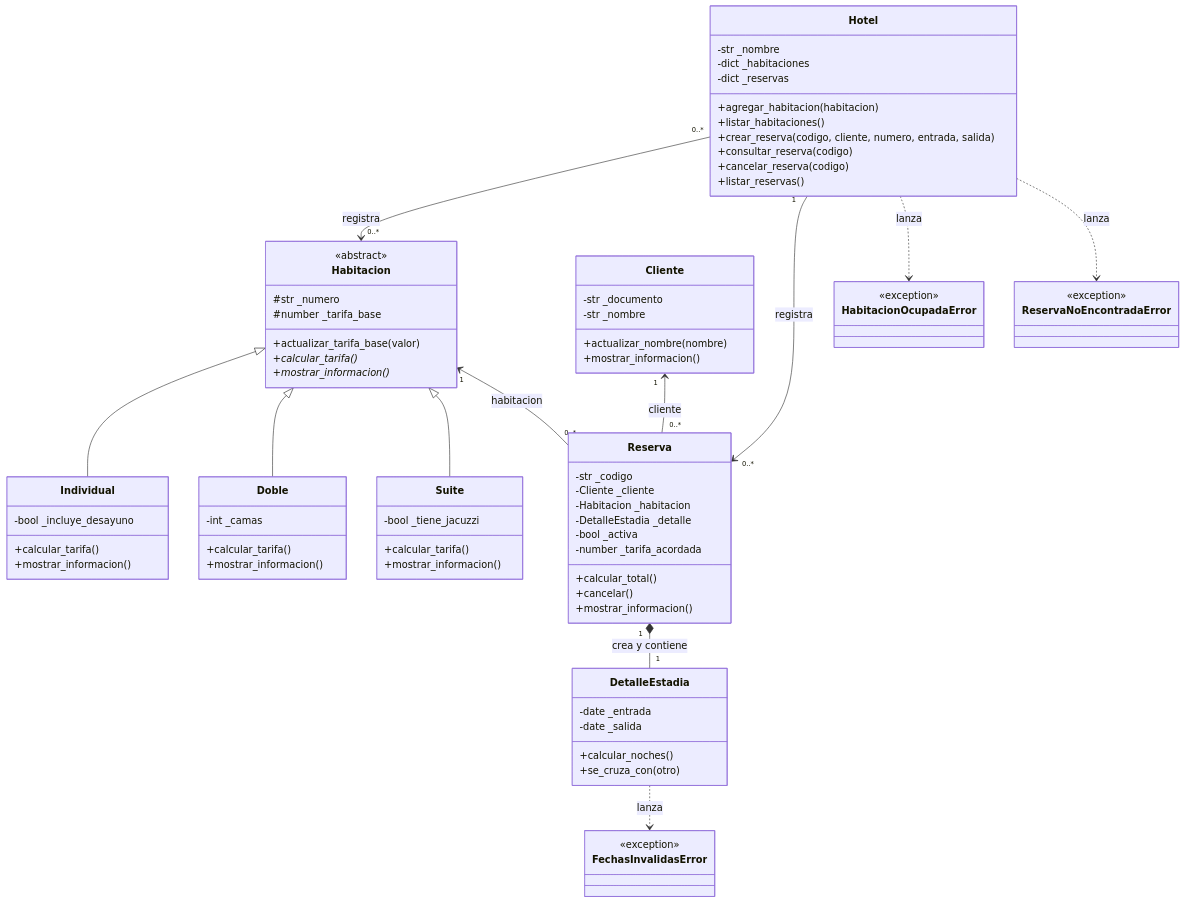
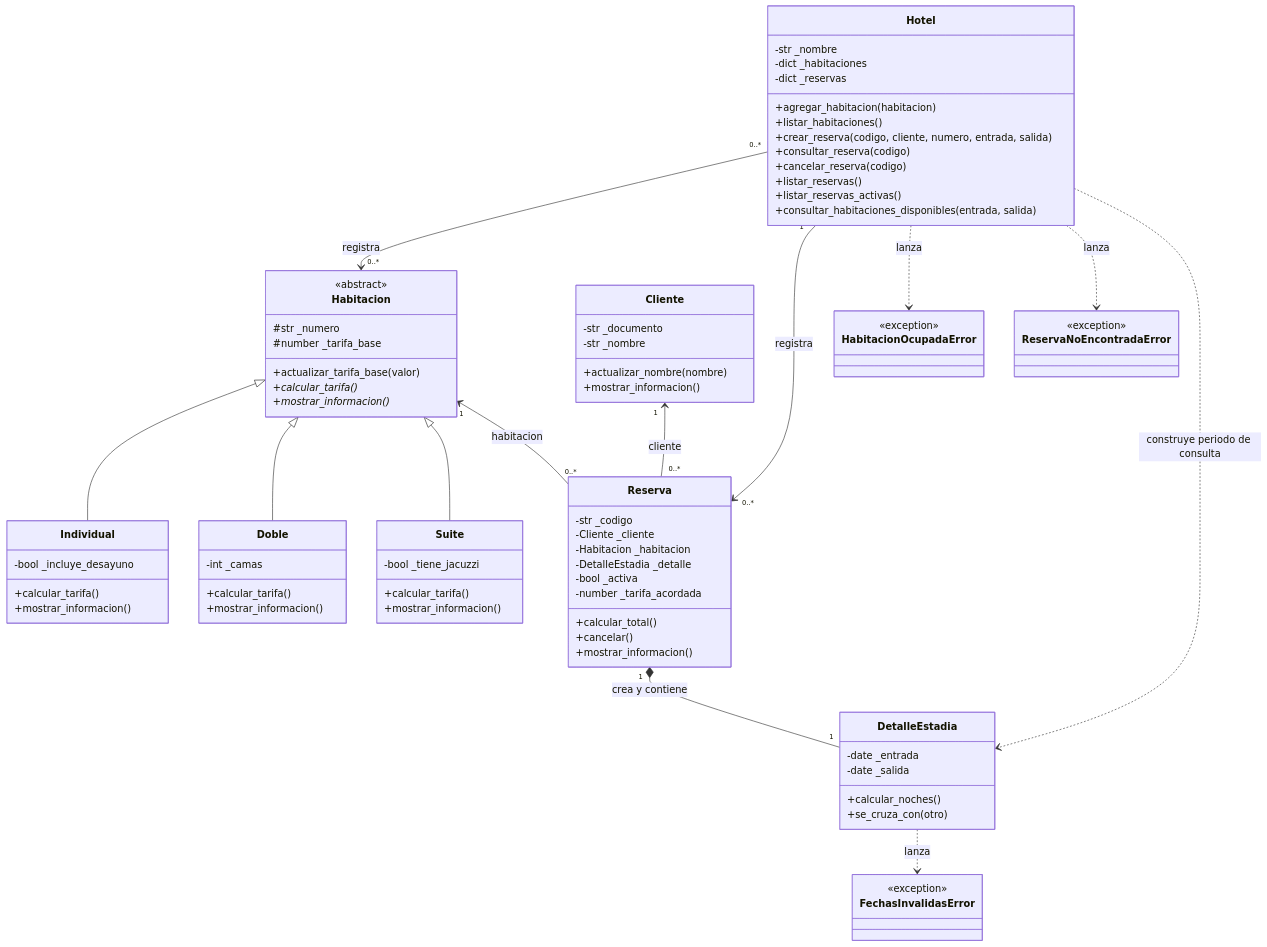
The diagram in UML.md (JesUsDavIdd/sistema-reservas-hotel), drawn with Mermaid before and after one commit. The commit also changed 6 other files, not shown here.

Commit message:
Agregar consulta de reservas activas y corregir disponibilidad

````diff
--- a/UML.md
+++ b/UML.md
@@ -62,6 +62,8 @@
         +consultar_reserva(codigo)
         +cancelar_reserva(codigo)
         +listar_reservas()
+        +listar_reservas_activas()
+        +consultar_habitaciones_disponibles(entrada, salida)
     }
     class FechasInvalidasError {
         <<exception>>
@@ -82,5 +84,6 @@
     Hotel "1" --> "0..*" Reserva : registra
     Hotel ..> HabitacionOcupadaError : lanza
     Hotel ..> ReservaNoEncontradaError : lanza
+    Hotel ..> DetalleEstadia : construye periodo de consulta
     DetalleEstadia ..> FechasInvalidasError : lanza
 ```
````
